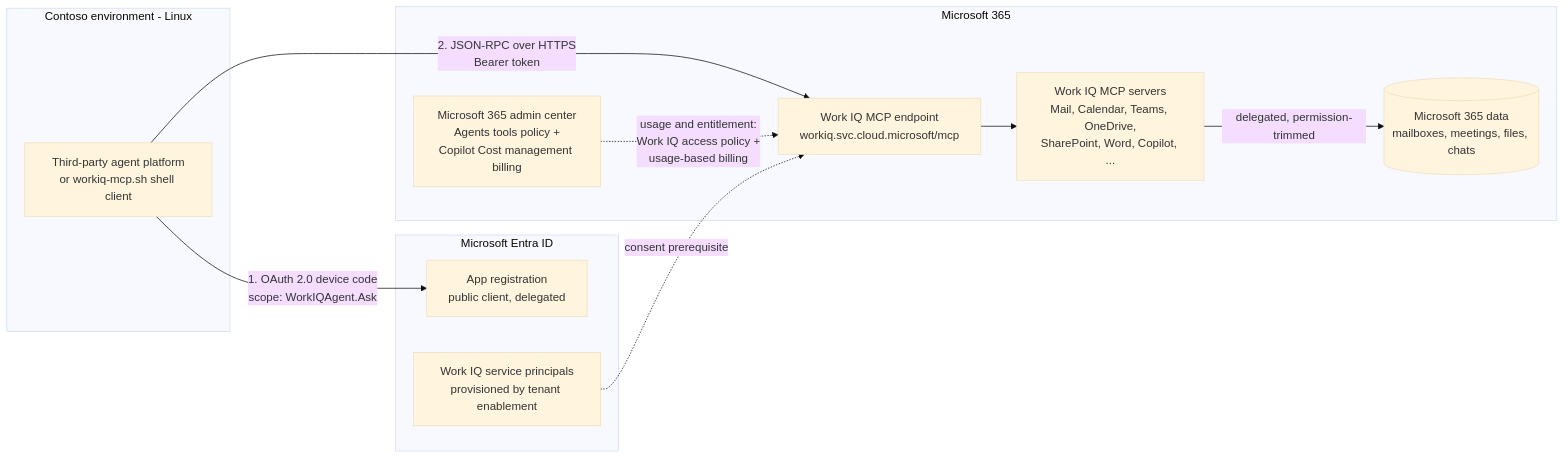
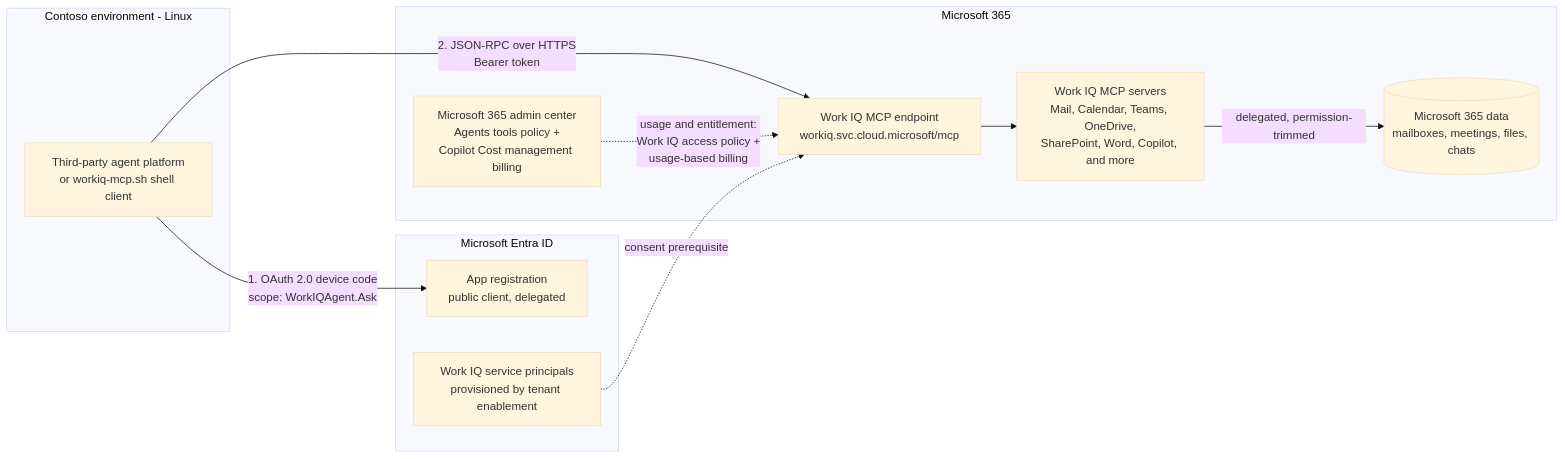
One commit to renatocamara/workiq-mcp-third-party-runbook changed the diagram in README.md. Above: the diagram before and after it, drawn with Mermaid (base theme).

Commit message:
Fix Mermaid diagram rendering on GitHub (quote all node labels)

````diff
--- a/README.md
+++ b/README.md
@@ -38,25 +38,25 @@
 ```mermaid
 flowchart LR
-    subgraph contoso [Contoso environment - Linux]
-        A[Third-party agent platform<br/>or workiq-mcp.sh shell client]
+    subgraph contoso ["Contoso environment - Linux"]
+        A["Third-party agent platform<br/>or workiq-mcp.sh shell client"]
     end
 
-    subgraph entra [Microsoft Entra ID]
-        B[App registration<br/>public client, delegated]
-        C[Work IQ service principals<br/>provisioned by tenant enablement]
+    subgraph entra ["Microsoft Entra ID"]
+        B["App registration<br/>public client, delegated"]
+        C["Work IQ service principals<br/>provisioned by tenant enablement"]
     end
 
-    subgraph m365 [Microsoft 365]
-        D[Work IQ MCP endpoint<br/>workiq.svc.cloud.microsoft/mcp]
-        E[Work IQ MCP servers<br/>Mail, Calendar, Teams, OneDrive,<br/>SharePoint, Word, Copilot, ...]
-        F[(Microsoft 365 data<br/>mailboxes, meetings, files, chats)]
-        G[Microsoft 365 admin center<br/>Agents tools policy +<br/>Copilot Cost management billing]
+    subgraph m365 ["Microsoft 365"]
+        D["Work IQ MCP endpoint<br/>workiq.svc.cloud.microsoft/mcp"]
+        E["Work IQ MCP servers<br/>Mail, Calendar, Teams, OneDrive,<br/>SharePoint, Word, Copilot, and more"]
+        F[("Microsoft 365 data<br/>mailboxes, meetings, files, chats")]
+        G["Microsoft 365 admin center<br/>Agents tools policy +<br/>Copilot Cost management billing"]
     end
 
     A -- "1. OAuth 2.0 device code<br/>scope: WorkIQAgent.Ask" --> B
     A -- "2. JSON-RPC over HTTPS<br/>Bearer token" --> D
     D --> E
     E -- "delegated, permission-trimmed" --> F
     G -. "usage and entitlement:<br/>Work IQ access policy +<br/>usage-based billing" .-> D
     C -. "consent prerequisite" .-> D
 ```
````
